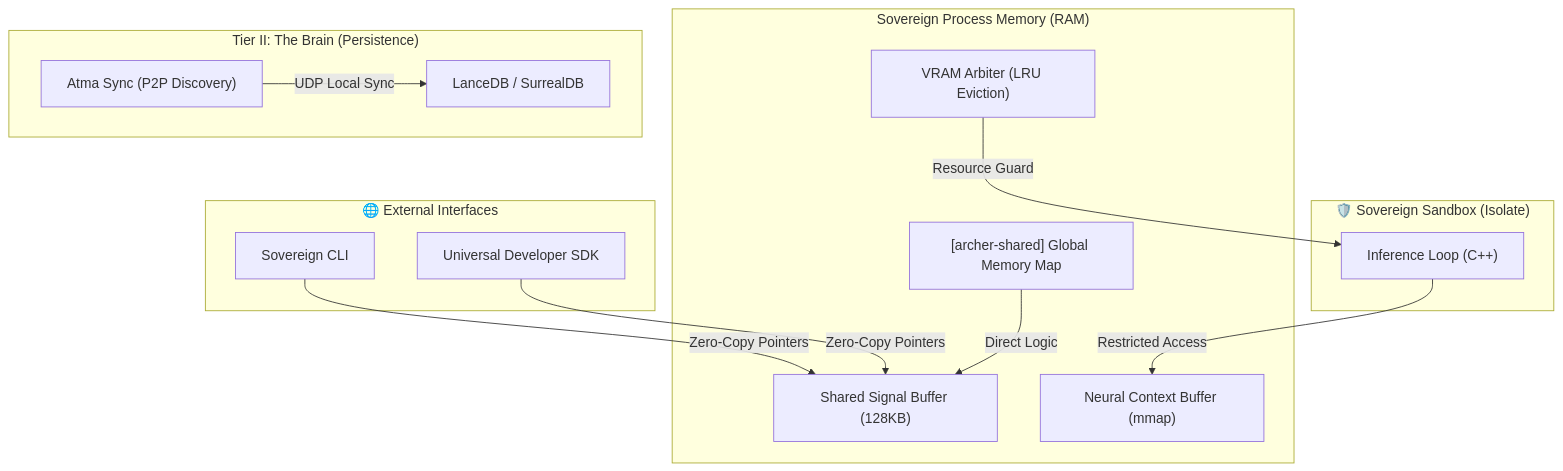
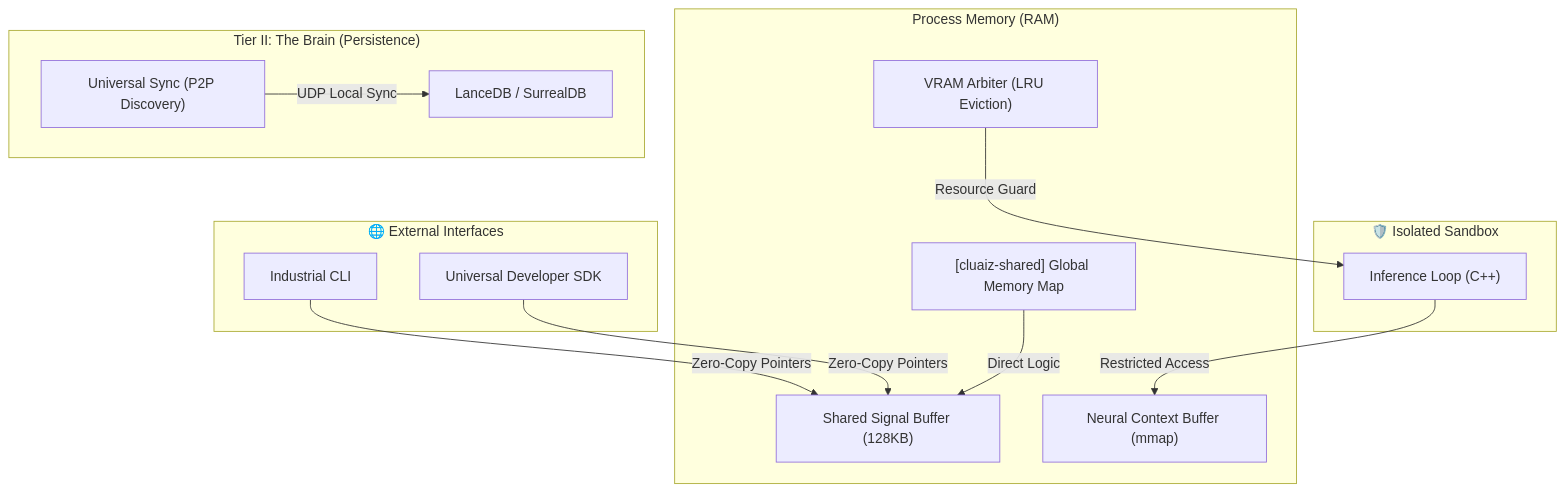
One commit to ayan-kushwaha/Cluaiz- changed the second of 2 diagrams in README.md. Above: the diagram before and after it, drawn with Mermaid. The commit also changed other lines of this file, not shown here.

Commit message:
docs: full industrial restoration and brand realignment of README (400+ lines)

````diff
--- a/README.md
+++ b/README.md
@@ -108,30 +109,30 @@
 ```mermaid
 graph TD
-    subgraph "Sovereign Process Memory (RAM)"
-        MEM_MAP["[archer-shared] Global Memory Map"]
+    subgraph "Process Memory (RAM)"
+        MEM_MAP["[cluaiz-shared] Global Memory Map"]
         SIG_BUF["Shared Signal Buffer (128KB)"]
         CTX_BUF["Neural Context Buffer (mmap)"]
         G_VRAM["VRAM Arbiter (LRU Eviction)"]
     end
 
-    subgraph "🛡️ Sovereign Sandbox (Isolate)"
+    subgraph "🛡️ Isolated Sandbox"
         KERN["Inference Loop (C++)"]
         KERN -- "Restricted Access" --> CTX_BUF
     end
 
     subgraph "Tier II: The Brain (Persistence)"
         BRAIN["LanceDB / SurrealDB"]
-        SYNC["Atma Sync (P2P Discovery)"]
+        SYNC["Universal Sync (P2P Discovery)"]
     end
 
     subgraph "🌐 External Interfaces"
-        CLI["Sovereign CLI"]
+        CLI["Industrial CLI"]
         SDK["Universal Developer SDK"]
     end
 
     %% Handshake Connections
     CLI & SDK -- "Zero-Copy Pointers" --> SIG_BUF
     G_VRAM -- "Resource Guard" --> KERN
     SYNC -- "UDP Local Sync" --> BRAIN
     MEM_MAP -- "Direct Logic" --> SIG_BUF
 ```
````
